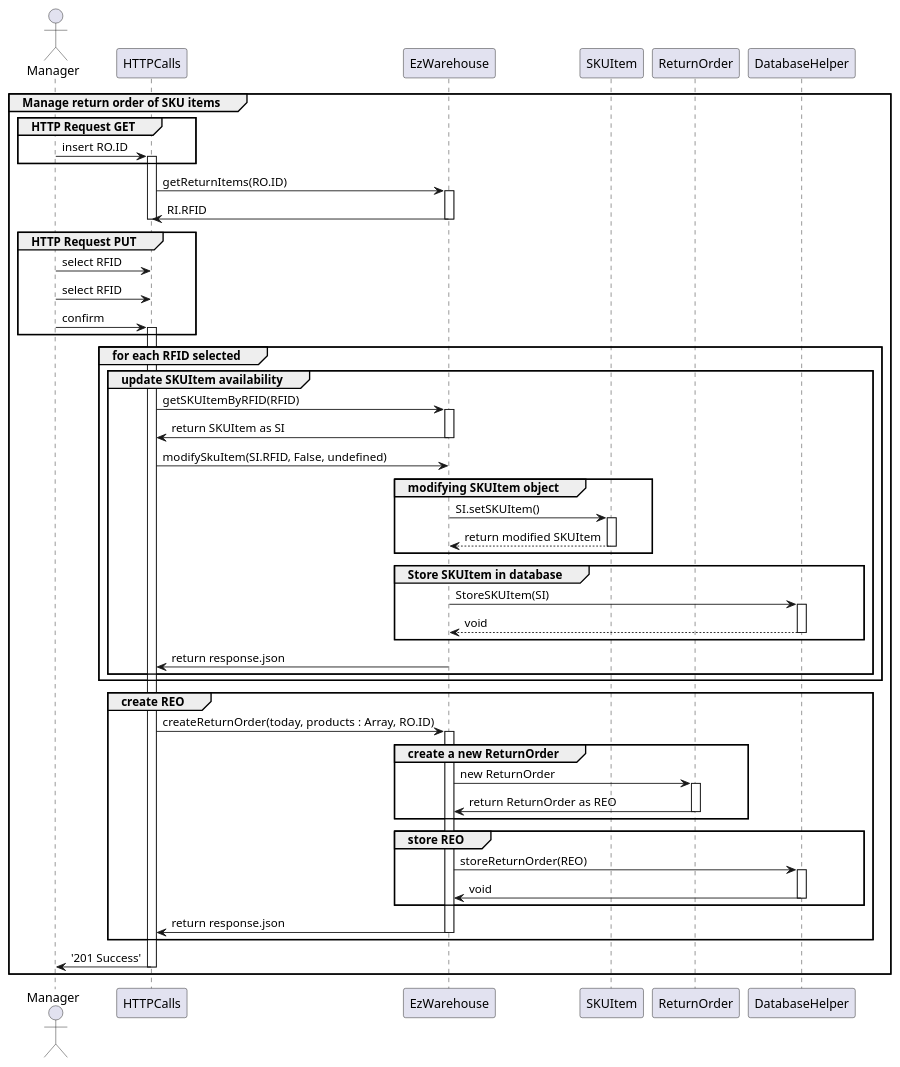
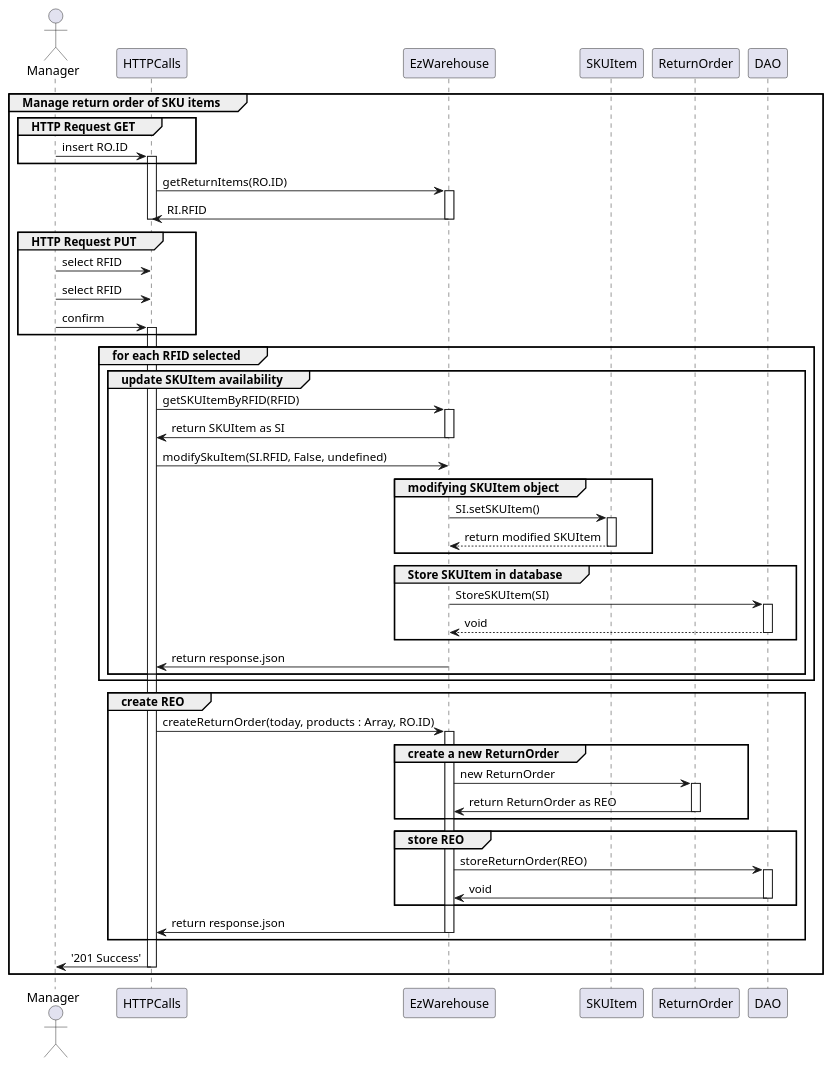
One commit to DavideArcolini/SoftEng_garbageCollector changed diagram 13 of 19 in DESIGN PART/DesignDocument.md. Above: the diagram before and after it, drawn with PlantUML. The commit also changed other lines of this file, not shown here.

````diff
--- a/DESIGN PART/DesignDocument.md
+++ b/DESIGN PART/DesignDocument.md
@@ -907,77 +838,77 @@
 ```plantuml
 group Manage return order of SKU items
 actor Manager
 participant HTTPCalls as HTTPCalls
 participant EzWarehouse as EzWarehouse
 participant SKUItem 
 participant ReturnOrder
-participant DatabaseHelper as DatabaseHelper
+participant DAO as DAO
 
 group HTTP Request GET
 Manager -> HTTPCalls : insert RO.ID
 activate HTTPCalls
 end
 HTTPCalls->EzWarehouse: getReturnItems(RO.ID)
 activate EzWarehouse
 HTTPCalls<-EzWarehouse: RI.RFID
 deactivate EzWarehouse
 deactivate HTTPCalls
 
 group HTTP Request PUT
 Manager -> HTTPCalls : select RFID  
 Manager -> HTTPCalls : select RFID
 Manager -> HTTPCalls : confirm 
 activate HTTPCalls
 end
 
 
 group for each RFID selected
 group update SKUItem availability
 HTTPCalls -> EzWarehouse : getSKUItemByRFID(RFID)
 activate EzWarehouse
 HTTPCalls <- EzWarehouse : return SKUItem as SI
 deactivate EzWarehouse
 HTTPCalls->EzWarehouse: modifySkuItem(SI.RFID, False, undefined)
 group modifying SKUItem object
 EzWarehouse -> SKUItem: SI.setSKUItem()
 activate SKUItem
 SKUItem --> EzWarehouse: return modified SKUItem
 deactivate SKUItem
 end
 
 group Store SKUItem in database
-EzWarehouse -> DatabaseHelper: StoreSKUItem(SI)
-activate DatabaseHelper
-DatabaseHelper --> EzWarehouse: void
-deactivate DatabaseHelper
+EzWarehouse -> DAO: StoreSKUItem(SI)
+activate DAO
+DAO --> EzWarehouse: void
+deactivate DAO
 end
 
 activate EzWarehouse
 HTTPCalls <- EzWarehouse: return response.json
 deactivate EzWarehouse
 end
 end
 group create REO
 HTTPCalls->EzWarehouse: createReturnOrder(today, products : Array, RO.ID) 
 activate EzWarehouse
 group create a new ReturnOrder
 EzWarehouse->ReturnOrder: new ReturnOrder
 activate ReturnOrder
 EzWarehouse<-ReturnOrder: return ReturnOrder as REO
 deactivate ReturnOrder
 end 
 group store REO 
-EzWarehouse->DatabaseHelper: storeReturnOrder(REO)
-activate DatabaseHelper
-EzWarehouse<-DatabaseHelper: void
-deactivate DatabaseHelper
+EzWarehouse->DAO: storeReturnOrder(REO)
+activate DAO
+EzWarehouse<-DAO: void
+deactivate DAO
 end
 HTTPCalls<-EzWarehouse: return response.json
 deactivate EzWarehouse
 end
 
 HTTPCalls->Manager: '201 Success'
 deactivate HTTPCalls
 
 end
 ``` 
````
